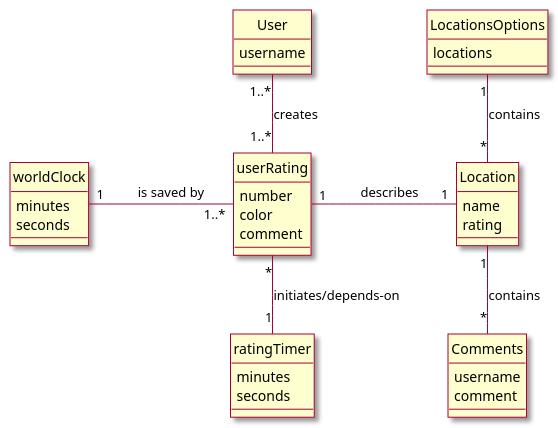
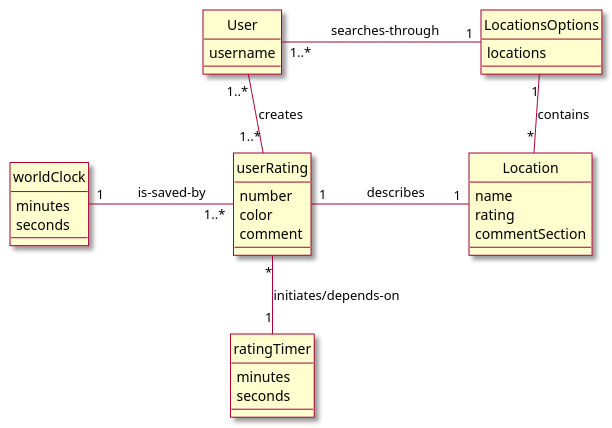
The first of 2 diagrams in intellij/documentation/design.md (manoushpajouh/Vassar-Crowdmeter), drawn with PlantUML before and after one commit. The commit also changed other lines of this file, not shown here.

Commit message:
filled out design class diagram

````diff
--- a/intellij/documentation/design.md
+++ b/intellij/documentation/design.md
@@ -3,55 +3,50 @@
 ```plantuml
 @startuml
 
 skin rose 
 
 hide circle 
 hide circle 
 
 ' classes 
 
-class Location {
+class User{
+username
+}
+
+class userRating{
+number
+color
+comment
+}
+
+class LocationsOptions{
+locations
+}
+
+class Location{
 name
 rating
-}
-
-class Comments {
-username
-comment
+commentSection
 }
 
 class ratingTimer{
 minutes
 seconds
 }
 
 class worldClock{
 minutes
 seconds
 }
 
-class userRating{
-number
-color
-comment
-}
-
-class User{
-username
-}
-
-class LocationsOptions{
-locations
-}
-
-
 ' associations 
 userRating "1"  - "1" Location : \t describes \t
 userRating "*" -- "1" ratingTimer : initiates/depends-on \t
 User "1..*" -- "1..*" userRating : creates
-worldClock "1" -right- "1..*" userRating : \t is saved by \t
+worldClock "1" -right- "1..*" userRating : \t is-saved-by \t
 LocationsOptions "1" -down- "*" Location : contains
-Location "1" -- "*" Comments: contains
+User "1..*" -right- "1" LocationsOptions: \t searches-through\t
 
 @enduml
 ```
````
